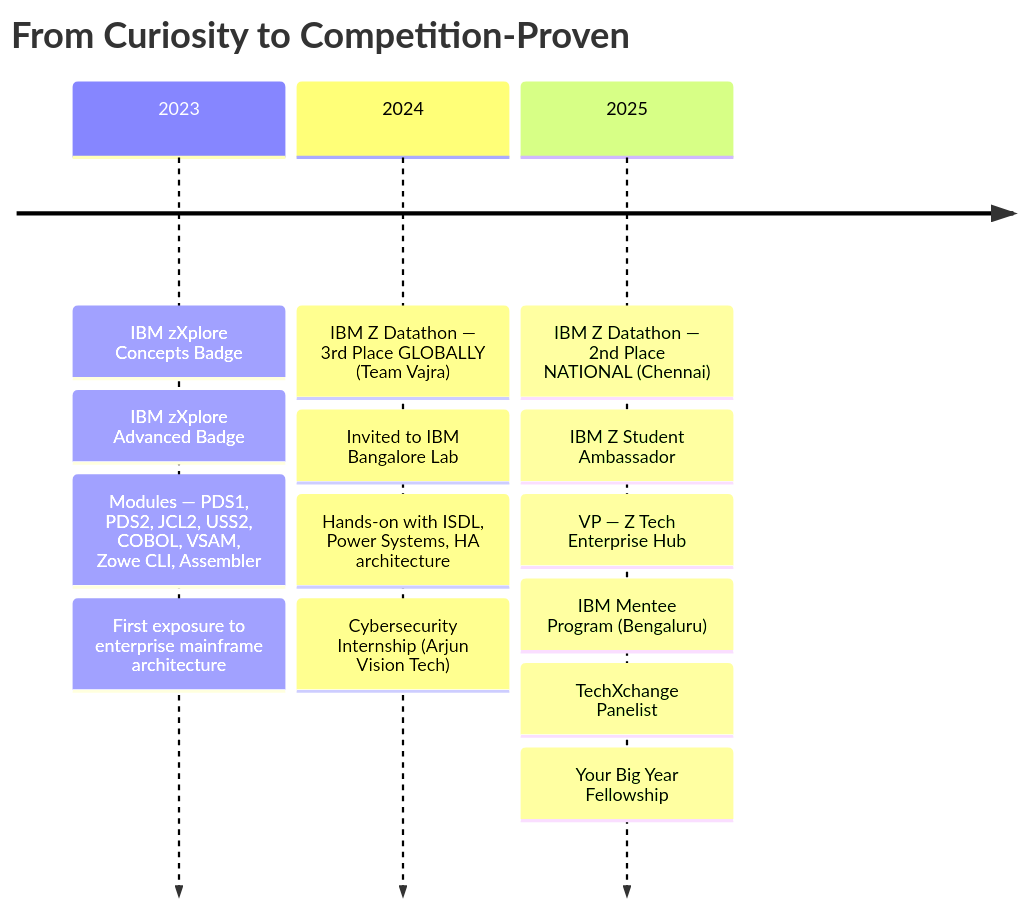
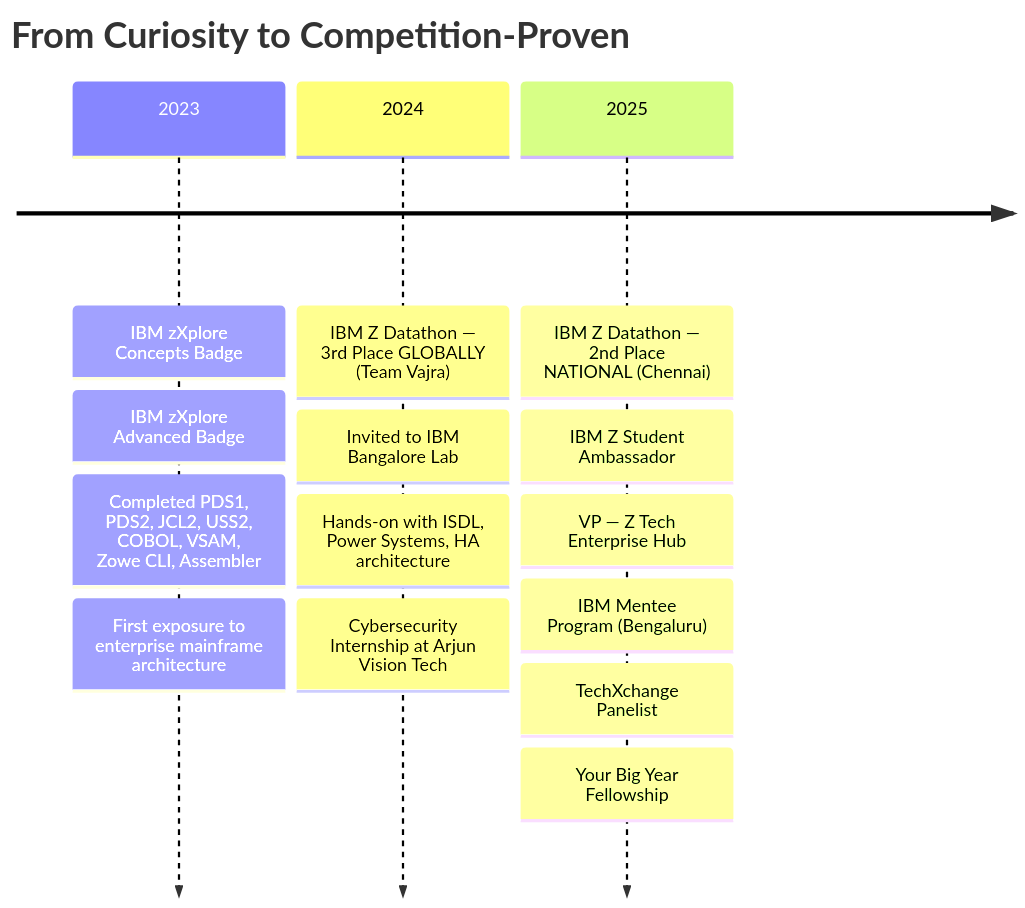
Before and after one commit to ShivrajRajasekaran/ShivrajRajasekaran: the diagram in README.md, drawn with Mermaid. The commit also changed other lines of this file, not shown here.

````diff
--- a/README.md
+++ b/README.md
@@ -225,18 +225,18 @@
 ```mermaid
 timeline
     title From Curiosity to Competition-Proven
     2023 : IBM zXplore Concepts Badge
          : IBM zXplore Advanced Badge
-         : Modules — PDS1, PDS2, JCL2, USS2, COBOL, VSAM, Zowe CLI, Assembler
+         : Completed PDS1, PDS2, JCL2, USS2, COBOL, VSAM, Zowe CLI, Assembler
          : First exposure to enterprise mainframe architecture
     2024 : IBM Z Datathon — 3rd Place GLOBALLY (Team Vajra)
          : Invited to IBM Bangalore Lab
          : Hands-on with ISDL, Power Systems, HA architecture
-         : Cybersecurity Internship (Arjun Vision Tech)
+         : Cybersecurity Internship at Arjun Vision Tech
     2025 : IBM Z Datathon — 2nd Place NATIONAL (Chennai)
          : IBM Z Student Ambassador
          : VP — Z Tech Enterprise Hub
          : IBM Mentee Program (Bengaluru)
          : TechXchange Panelist
          : Your Big Year Fellowship
 ```
````
